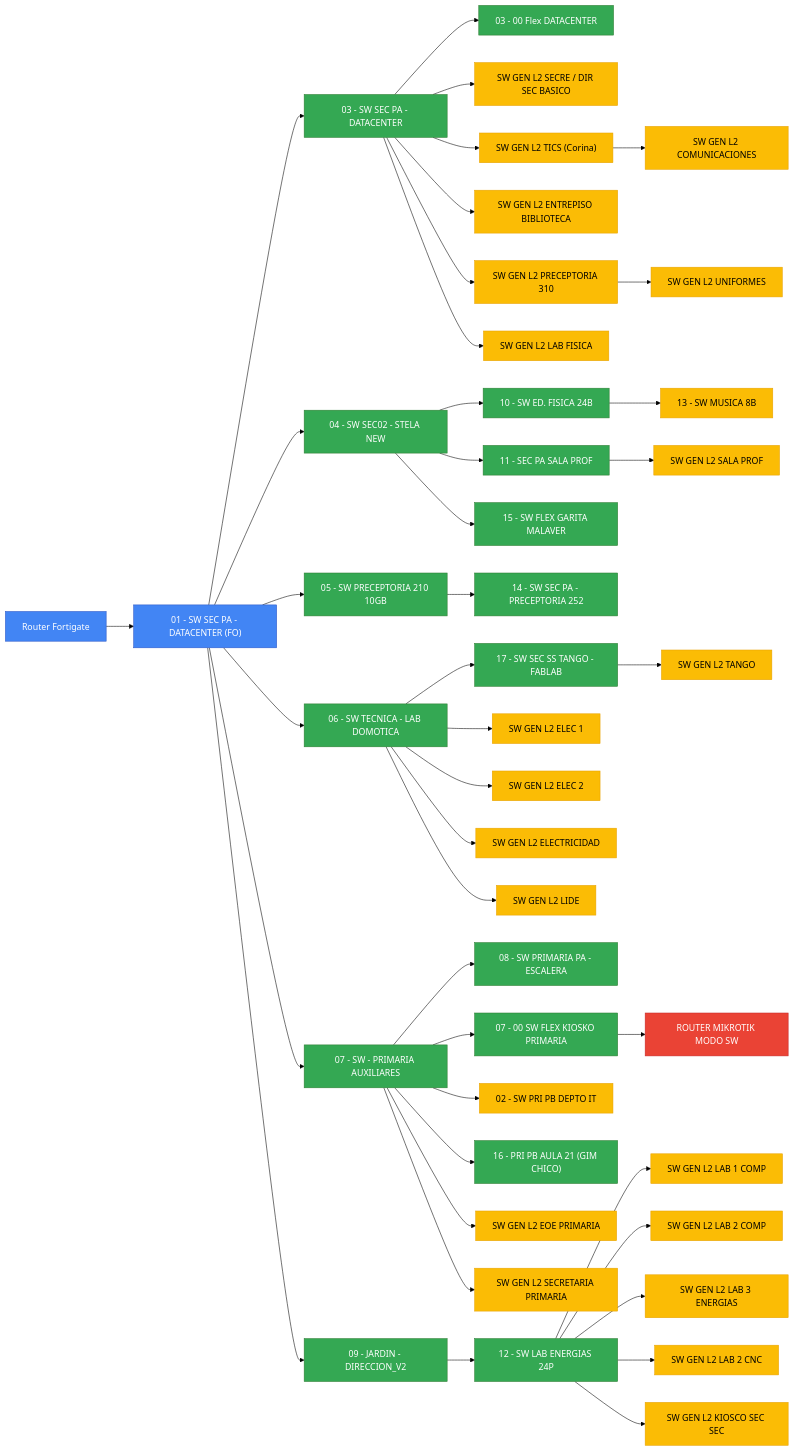
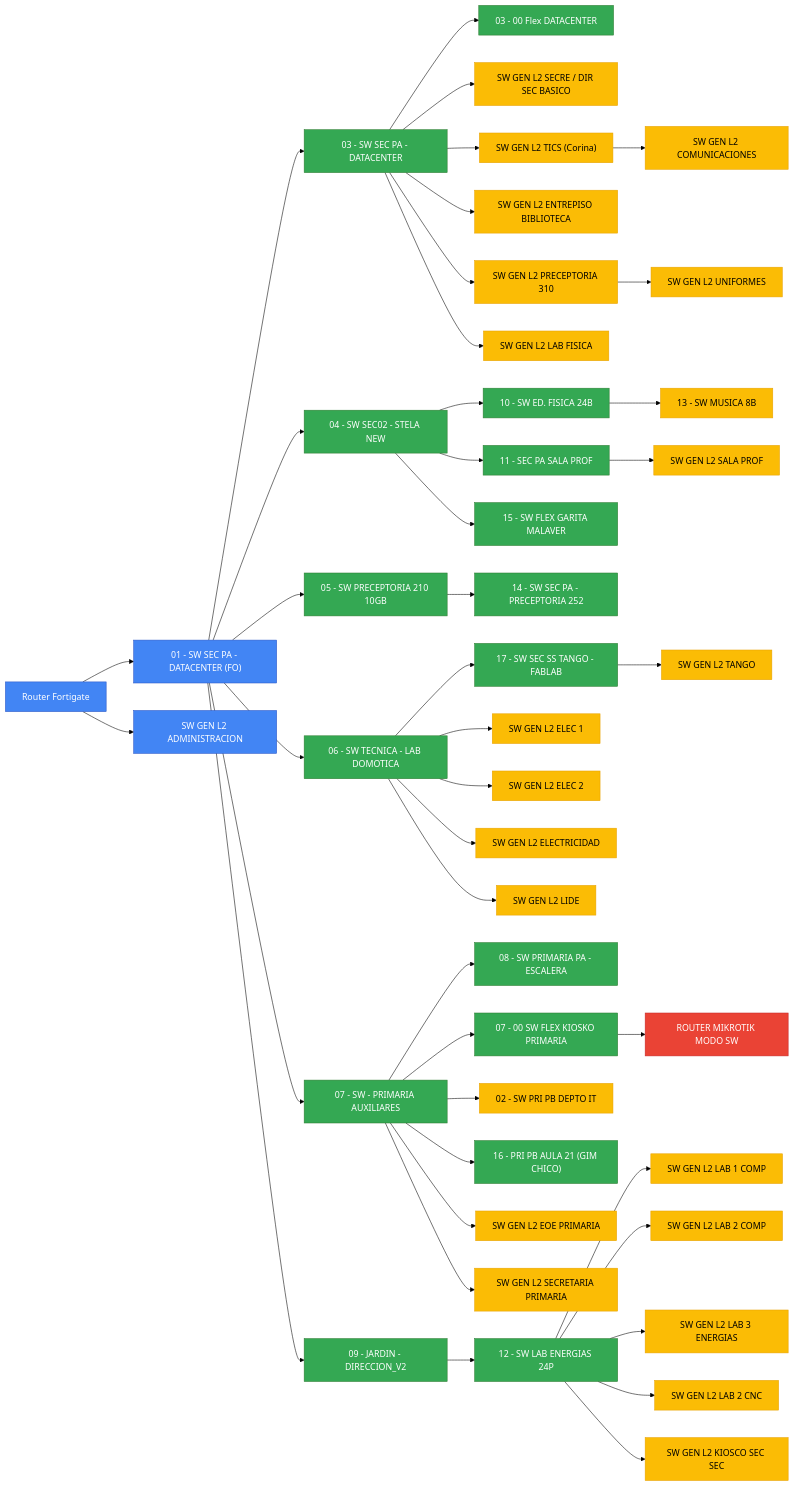
The diagram in README.md (carlostcba/Topologia-LSF), drawn with Mermaid (forest theme) before and after one commit.

````diff
--- a/README.md
+++ b/README.md
@@ -2,58 +2,59 @@
 ```mermaid
 flowchart LR
     classDef core fill:#4285F4,stroke:#2A56C6,color:white;
     classDef distribucion fill:#34A853,stroke:#2E7D32,color:white;
     classDef acceso fill:#FBBC05,stroke:#E8A203,color:black;
     classDef especial fill:#EA4335,stroke:#C62828,color:white;
 
     RF[Router Fortigate] --> C01["01 - SW SEC PA - DATACENTER (FO)"]
+    RF --> S02["SW GEN L2 ADMINISTRACION"]
     C01 --> S03["03 - SW SEC PA - DATACENTER"]
     S03 --> F03["03 - 00 Flex DATACENTER"]
     S03 --> S031["SW GEN L2 SECRE / DIR SEC BASICO"]
     S03 --> S032["SW GEN L2 TICS (Corina)"]
     S032 --> S036["SW GEN L2 COMUNICACIONES"]
     S03 --> S033["SW GEN L2 ENTREPISO BIBLIOTECA"]
     S03 --> S034["SW GEN L2 PRECEPTORIA 310"]
     S034 --> S037["SW GEN L2 UNIFORMES"]
     S03 --> S035["SW GEN L2 LAB FISICA"]
 
     C01 --> S04["04 - SW SEC02 - STELA NEW"]
     S04 --> E10["10 - SW ED. FISICA 24B"]
     E10 --> M13["13 - SW MUSICA 8B"]
     S04 --> P11["11 - SEC PA SALA PROF"]
     P11 --> SPROF["SW GEN L2 SALA PROF"]
     S04 --> FLEX2["15 - SW FLEX GARITA MALAVER"]
 
     C01 --> S05["05 - SW PRECEPTORIA 210 10GB"]
     S05 --> P14["14 - SW SEC PA - PRECEPTORIA 252"]
 
     C01 --> S06["06 - SW TECNICA - LAB DOMOTICA"]
     S06 --> T17["17 - SW SEC SS TANGO - FABLAB"]
     T17 --> TANGO["SW GEN L2 TANGO"]
     S06 --> ELEC1["SW GEN L2 ELEC 1"]
     S06 --> ELEC2["SW GEN L2 ELEC 2"]
     S06 --> ELEC3["SW GEN L2 ELECTRICIDAD"]
     S06 --> LIDE["SW GEN L2 LIDE"]
 
     C01 --> S07["07 - SW - PRIMARIA AUXILIARES"]
     S07 --> P08["08 - SW PRIMARIA PA - ESCALERA"]
     S07 --> K07["07 - 00 SW FLEX KIOSKO PRIMARIA"]
     K07 --> RMIK["ROUTER MIKROTIK MODO SW"]
     S07 --> D02["02 - SW PRI PB DEPTO IT"]
     S07 --> G16["16 - PRI PB AULA 21 (GIM CHICO)"]
     S07 --> EOE["SW GEN L2 EOE PRIMARIA"]
     S07 --> SPRI["SW GEN L2 SECRETARIA PRIMARIA"]
 
     C01 --> S09["09 - JARDIN - DIRECCION_V2"]
     S09 --> L12["12 - SW LAB ENERGIAS 24P"]
     L12 --> LC1["SW GEN L2 LAB 1 COMP"]
     L12 --> LC2["SW GEN L2 LAB 2 COMP"]
     L12 --> LE3["SW GEN L2 LAB 3 ENERGIAS"]
     L12 --> CNC["SW GEN L2 LAB 2 CNC"]
     L12 --> KSEC["SW GEN L2 KIOSCO SEC SEC"]
 
-    class RF,C01 core;
+    class RF,C01,S02 core;
     class S03,S04,S05,S06,S07,S09,F03,FLEX1,FLEX2,P11,E10,P14,T17,P08,K07,G16,L12 distribucion;
     class S031,S032,S033,S034,S035,S036,S037,,M13,SPROF,TANGO,ELEC1,ELEC2,ELEC3,LIDE,D02,EOE,SPRI,LC1,LC2,LE3,CNC,KSEC acceso;
     class RMIK especial;
 ```
````
